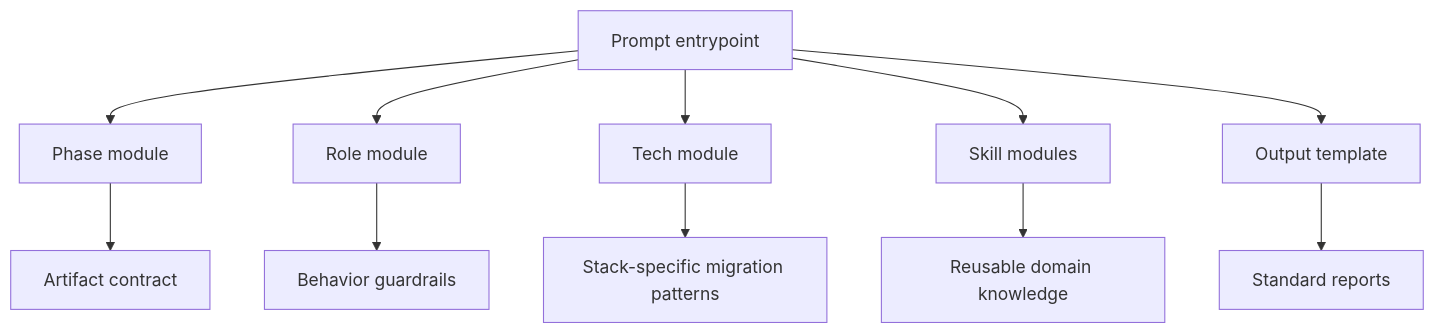
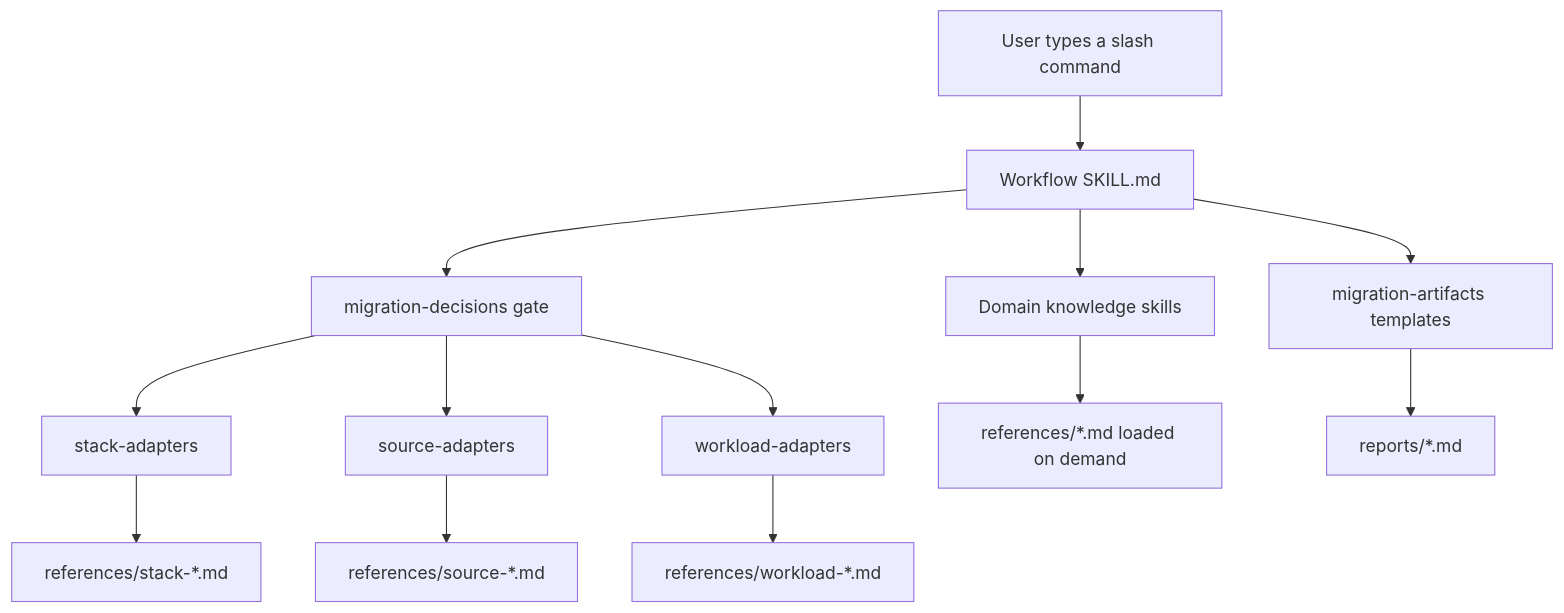
One commit to RobertoBorges/GHCP-PromptMigration changed the fifth of 7 diagrams in docs/architecture/ARCHITECTURE.md. Above: the diagram before and after it, drawn with Mermaid. The commit also changed other lines of this file and 371 other files, not shown here.

````diff
--- a/docs/architecture/ARCHITECTURE.md
+++ b/docs/architecture/ARCHITECTURE.md
@@ -706,13 +416,15 @@
 ```mermaid
 graph TD
-    P[Prompt entrypoint] --> PH[Phase module]
-    P --> R[Role module]
-    P --> T[Tech module]
-    P --> S[Skill modules]
-    P --> O[Output template]
-    PH --> A[Artifact contract]
-    R --> G[Behavior guardrails]
-    T --> M[Stack-specific migration patterns]
-    S --> K[Reusable domain knowledge]
-    O --> H[Standard reports]
+    U[User types a slash command] --> W[Workflow SKILL.md]
+    W --> G[migration-decisions gate]
+    G --> R1[stack-adapters]
+    G --> R2[source-adapters]
+    G --> R3[workload-adapters]
+    R1 --> X1[references/stack-*.md]
+    R2 --> X2[references/source-*.md]
+    R3 --> X3[references/workload-*.md]
+    W --> K[Domain knowledge skills]
+    K --> X4[references/*.md loaded on demand]
+    W --> A[migration-artifacts templates]
+    A --> O[reports/*.md]
 ```
````
